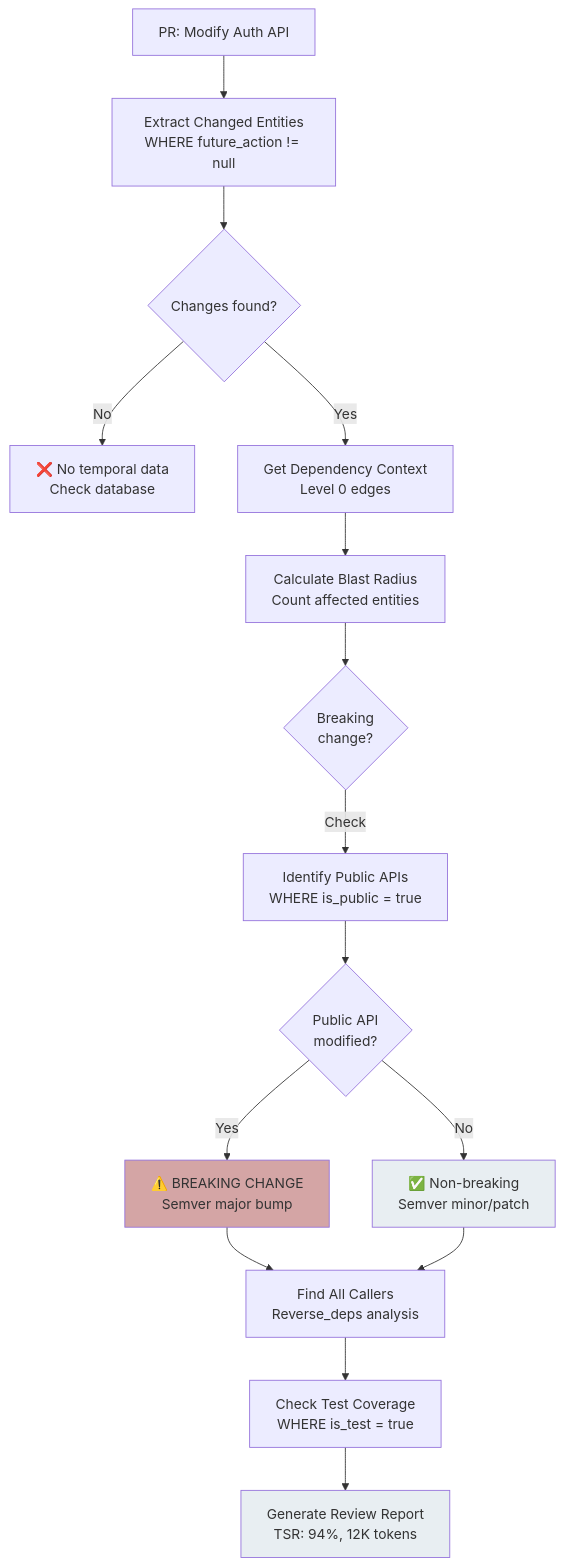
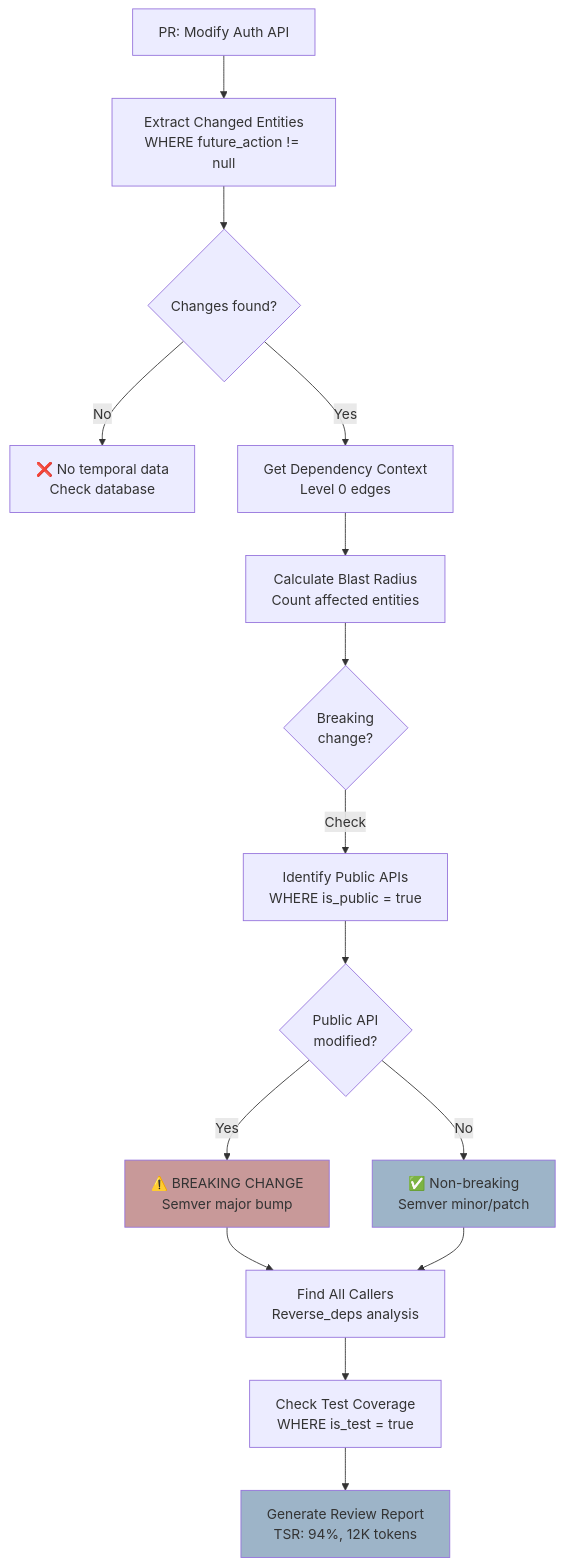
Before and after one commit to that-in-rust/parseltongue: the eighth of 8 diagrams in .claude/parseltongue-ultrathink.md, drawn with Mermaid. The commit also changed other lines of this file, not shown here.

````diff
--- a/.claude/parseltongue-ultrathink.md
+++ b/.claude/parseltongue-ultrathink.md
@@ -1000,21 +1000,21 @@
   ```mermaid
   flowchart TD
       A[PR: Modify Auth API] --> B[Extract Changed Entities<br/>WHERE future_action != null]
       B --> C{Changes found?}
       C -->|No| FAIL[❌ No temporal data<br/>Check database]
       C -->|Yes| D[Get Dependency Context<br/>Level 0 edges]
       D --> E[Calculate Blast Radius<br/>Count affected entities]
       E --> F{Breaking<br/>change?}
       F -->|Check| G[Identify Public APIs<br/>WHERE is_public = true]
       G --> H{Public API<br/>modified?}
       H -->|Yes| BREAK[⚠️ BREAKING CHANGE<br/>Semver major bump]
       H -->|No| SAFE[✅ Non-breaking<br/>Semver minor/patch]
       BREAK --> I[Find All Callers<br/>Reverse_deps analysis]
       SAFE --> I
       I --> J[Check Test Coverage<br/>WHERE is_test = true]
       J --> K[Generate Review Report<br/>TSR: 94%, 12K tokens]
 
-      style BREAK fill:#D4A5A5
-      style SAFE fill:#E8EEF2
-      style K fill:#E8EEF2
+      style BREAK fill:#C89999
+      style SAFE fill:#9DB4C8
+      style K fill:#9DB4C8
   ```
````
